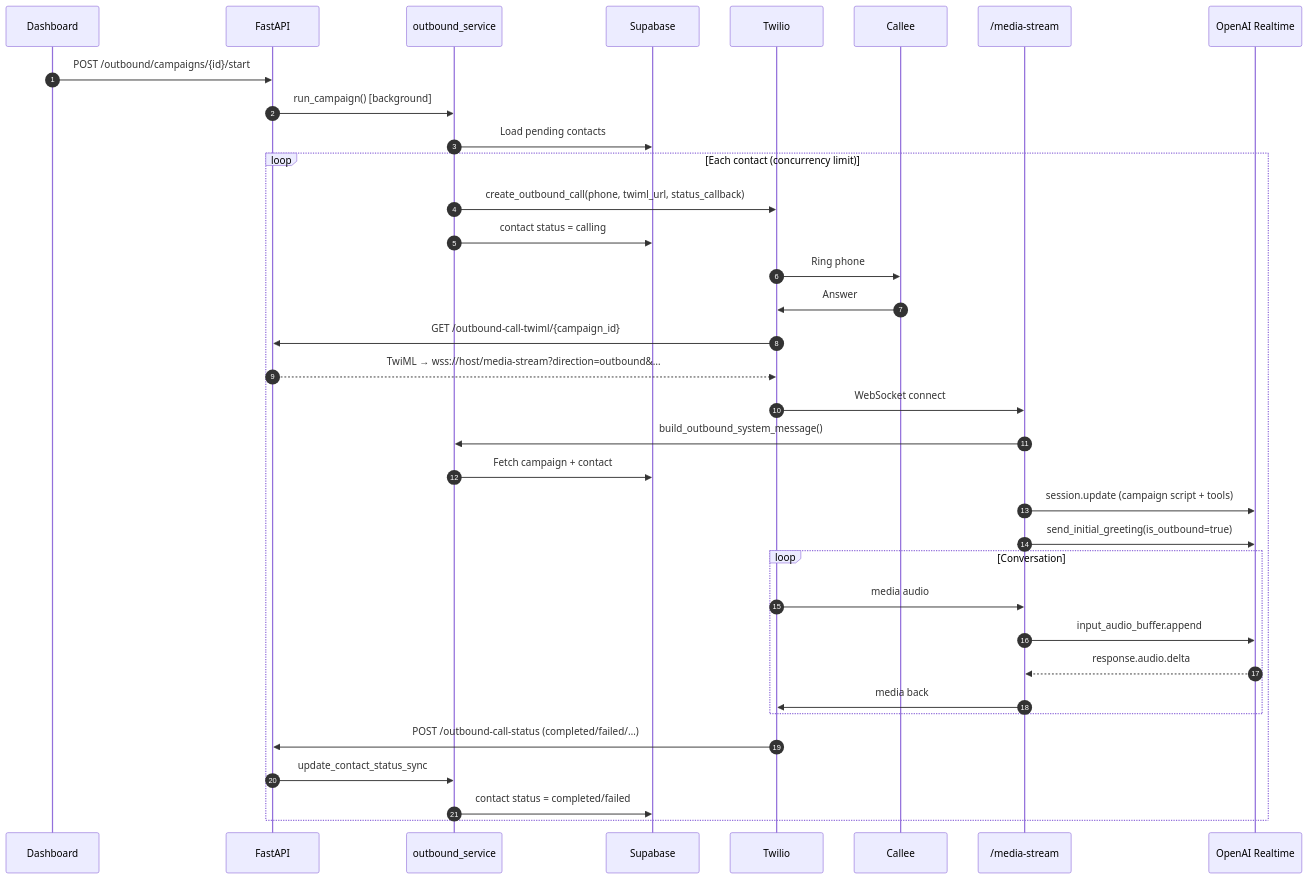
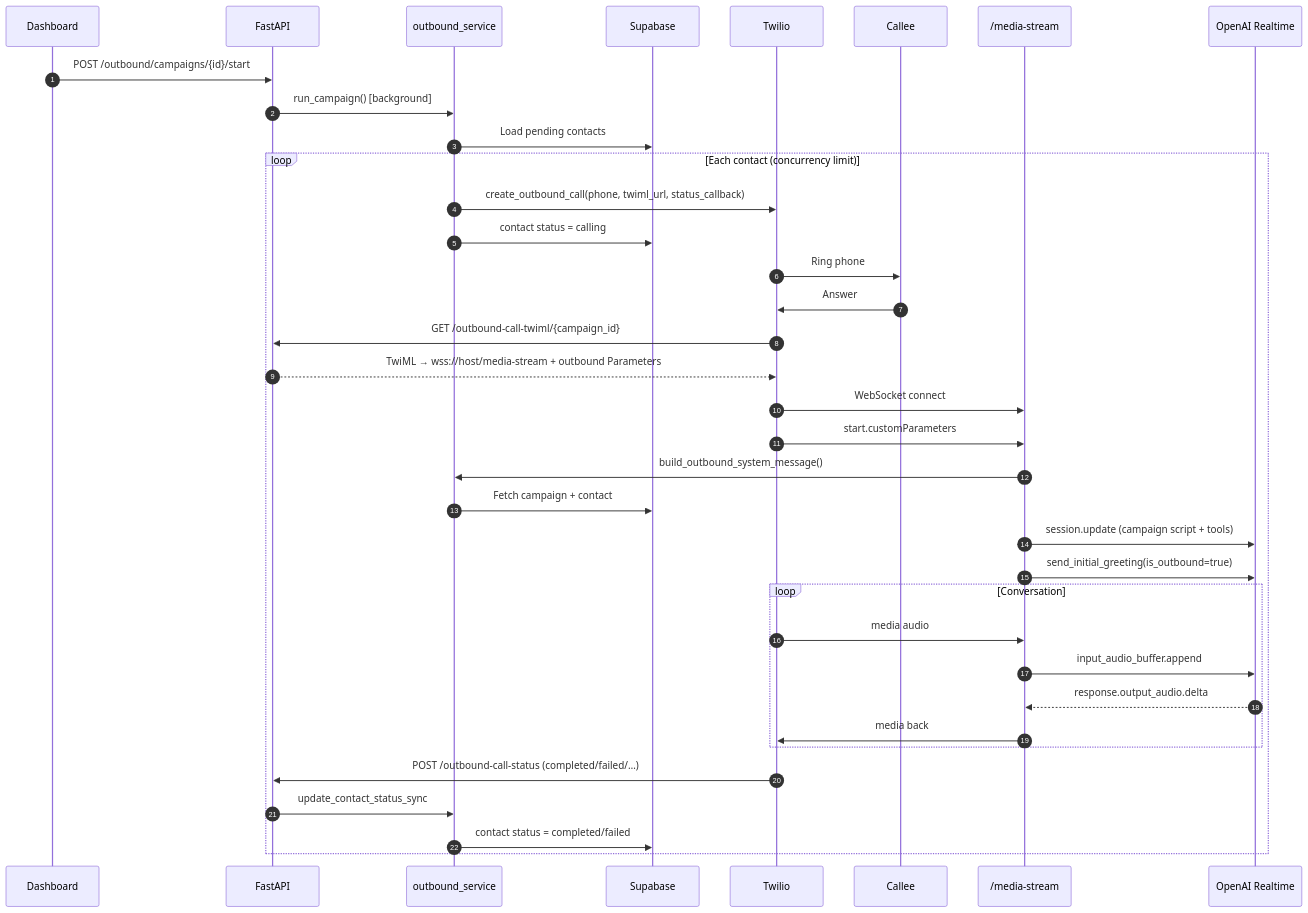
Before and after one commit to aymalkhalid/Starter-Agent-InBound-OutBound-Twilio-Speech-Assistant-OpenAi-Realtime-Api-Python: the third of 3 diagrams in docs/MASTER_DIAGRAM.md, drawn with Mermaid. The commit also changed other lines of this file and 22 other files, not shown here.

First line of the commit message:
Align Realtime/Twilio contracts and harden end-call goodbye flow.

````diff
--- a/docs/MASTER_DIAGRAM.md
+++ b/docs/MASTER_DIAGRAM.md
@@ -378,38 +378,39 @@
 ```mermaid
 sequenceDiagram
     autonumber
     participant UI as Dashboard
     participant F as FastAPI
     participant OBS as outbound_service
     participant SB as Supabase
     participant T as Twilio
     participant C as Callee
     participant MS as /media-stream
     participant O as OpenAI Realtime
 
     UI->>F: POST /outbound/campaigns/{id}/start
     F->>OBS: run_campaign() [background]
     OBS->>SB: Load pending contacts
     loop Each contact (concurrency limit)
         OBS->>T: create_outbound_call(phone, twiml_url, status_callback)
         OBS->>SB: contact status = calling
         T->>C: Ring phone
         C->>T: Answer
         T->>F: GET /outbound-call-twiml/{campaign_id}
-        F-->>T: TwiML → wss://host/media-stream?direction=outbound&…
+        F-->>T: TwiML → wss://host/media-stream + outbound Parameters
         T->>MS: WebSocket connect
+        T->>MS: start.customParameters
         MS->>OBS: build_outbound_system_message()
         OBS->>SB: Fetch campaign + contact
         MS->>O: session.update (campaign script + tools)
         MS->>O: send_initial_greeting(is_outbound=true)
         loop Conversation
             T->>MS: media audio
             MS->>O: input_audio_buffer.append
-            O-->>MS: response.audio.delta
+            O-->>MS: response.output_audio.delta
             MS->>T: media back
         end
         T->>F: POST /outbound-call-status (completed/failed/…)
         F->>OBS: update_contact_status_sync
         OBS->>SB: contact status = completed/failed
     end
 ```
````
